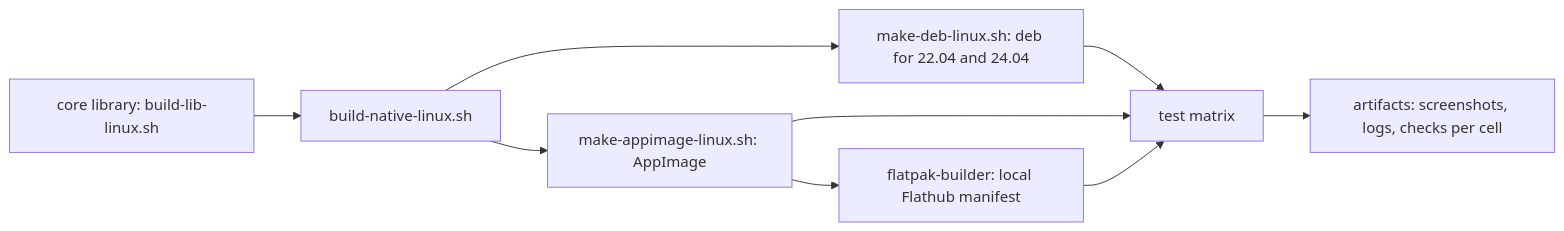
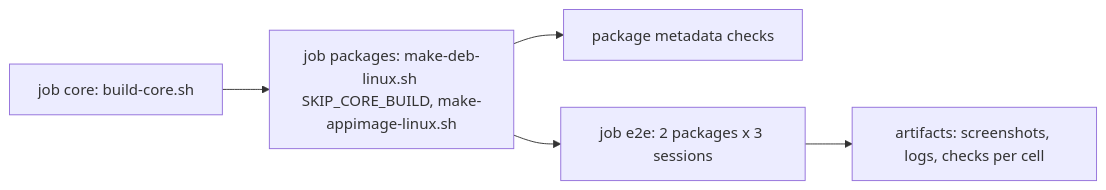
One commit to simplex-chat/simplex-chat changed diagram 11 of 11 in plans/2026-11-19-linux-desktop.md. Above: the diagram before and after it, drawn with Mermaid. The commit also changed other lines of this file, not shown here.

````diff
--- a/plans/2026-11-19-linux-desktop.md
+++ b/plans/2026-11-19-linux-desktop.md
@@ -452,11 +445,7 @@
 ```mermaid
 flowchart LR
-  Core[core library: build-lib-linux.sh] --> Native[build-native-linux.sh]
-  Native --> Deb[make-deb-linux.sh: deb for 22.04 and 24.04]
-  Native --> Img[make-appimage-linux.sh: AppImage]
-  Img --> Fp[flatpak-builder: local Flathub manifest]
-  Deb --> M[test matrix]
-  Img --> M
-  Fp --> M
+  Core[job core: build-core.sh] --> Pkg[job packages: make-deb-linux.sh SKIP_CORE_BUILD, make-appimage-linux.sh]
+  Pkg --> Meta[package metadata checks]
+  Pkg --> M[job e2e: 2 packages x 3 sessions]
   M --> Art[artifacts: screenshots, logs, checks per cell]
 ```
````
